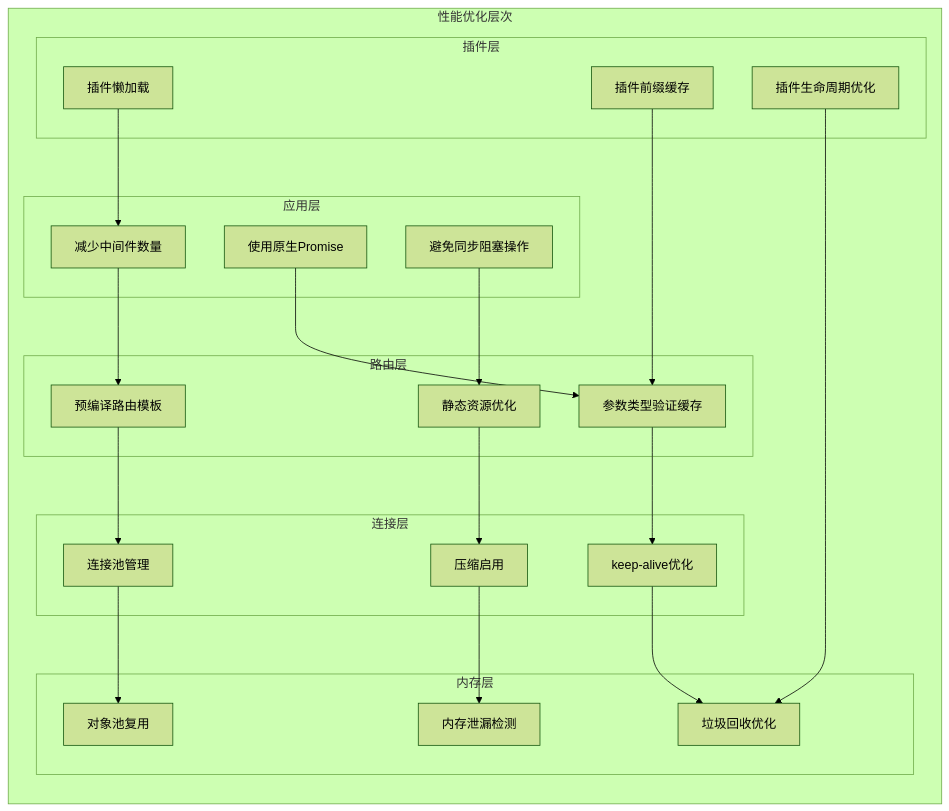
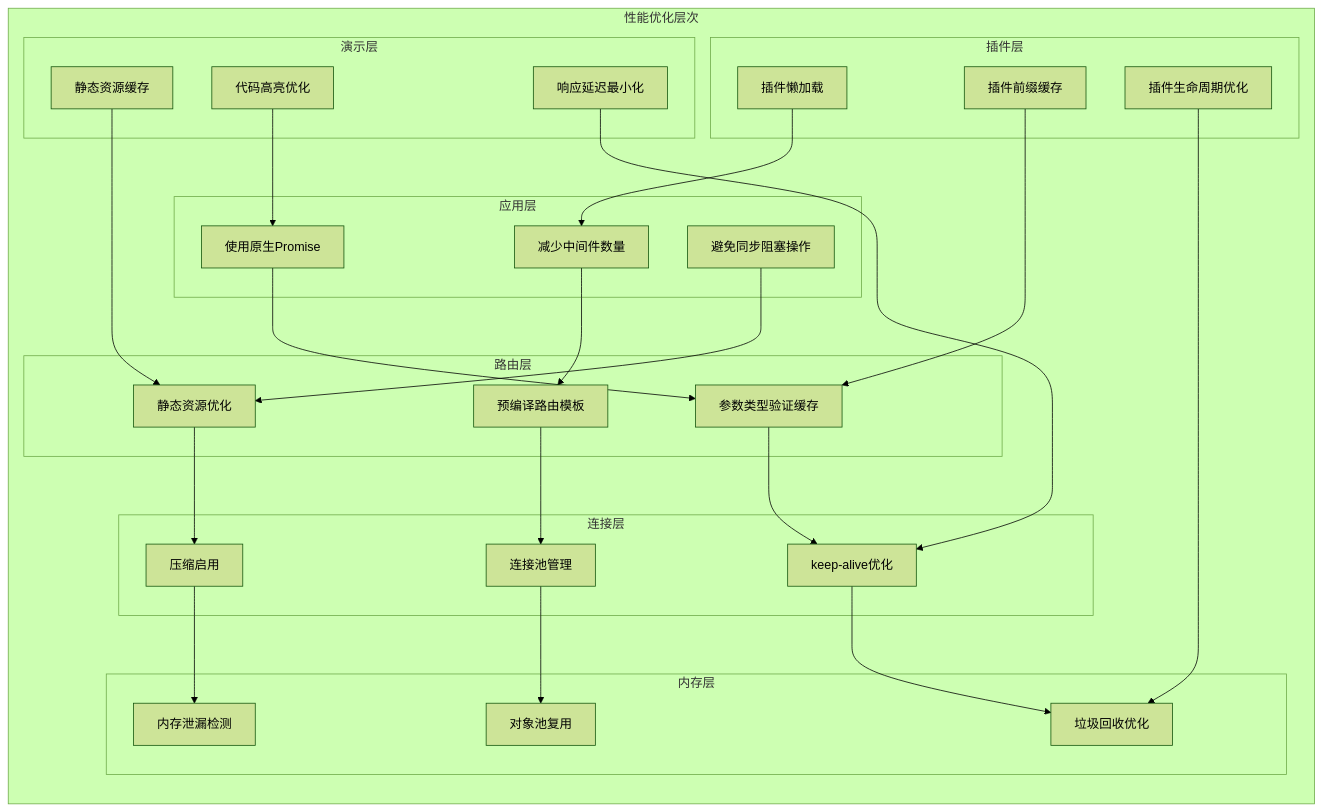
Before and after one commit to esa-sp/test-for-aone-ci: diagram 12 of 16 in .qoder/repowiki/zh/content/后端框架测试/Fastify高性能框架测试.md, drawn with Mermaid (forest theme). The commit also changed other lines of this file and 39 other files, not shown here.

````diff
--- a/.qoder/repowiki/zh/content/后端框架测试/Fastify高性能框架测试.md
+++ b/.qoder/repowiki/zh/content/后端框架测试/Fastify高性能框架测试.md
@@ -424,42 +526,50 @@
 ```mermaid
 graph LR
 subgraph "性能优化层次"
 subgraph "应用层"
 A1[减少中间件数量]
 A2[使用原生Promise]
 A3[避免同步阻塞操作]
 end
 subgraph "路由层"
 R1[预编译路由模板]
 R2[参数类型验证缓存]
 R3[静态资源优化]
 end
 subgraph "连接层"
 C1[连接池管理]
 C2[keep-alive优化]
 C3[压缩启用]
 end
 subgraph "内存层"
 M1[对象池复用]
 M2[垃圾回收优化]
 M3[内存泄漏检测]
 end
 subgraph "插件层"
 P1[插件懒加载]
 P2[插件前缀缓存]
 P3[插件生命周期优化]
 end
+subgraph "演示层"
+D1[静态资源缓存]
+D2[代码高亮优化]
+D3[响应延迟最小化]
+end
 end
 A1 --> R1
 A2 --> R2
 A3 --> R3
 R1 --> C1
 R2 --> C2
 R3 --> C3
 C1 --> M1
 C2 --> M2
 C3 --> M3
 P1 --> A1
 P2 --> R2
 P3 --> M2
+D1 --> R3
+D2 --> A2
+D3 --> C2
 ```
````
